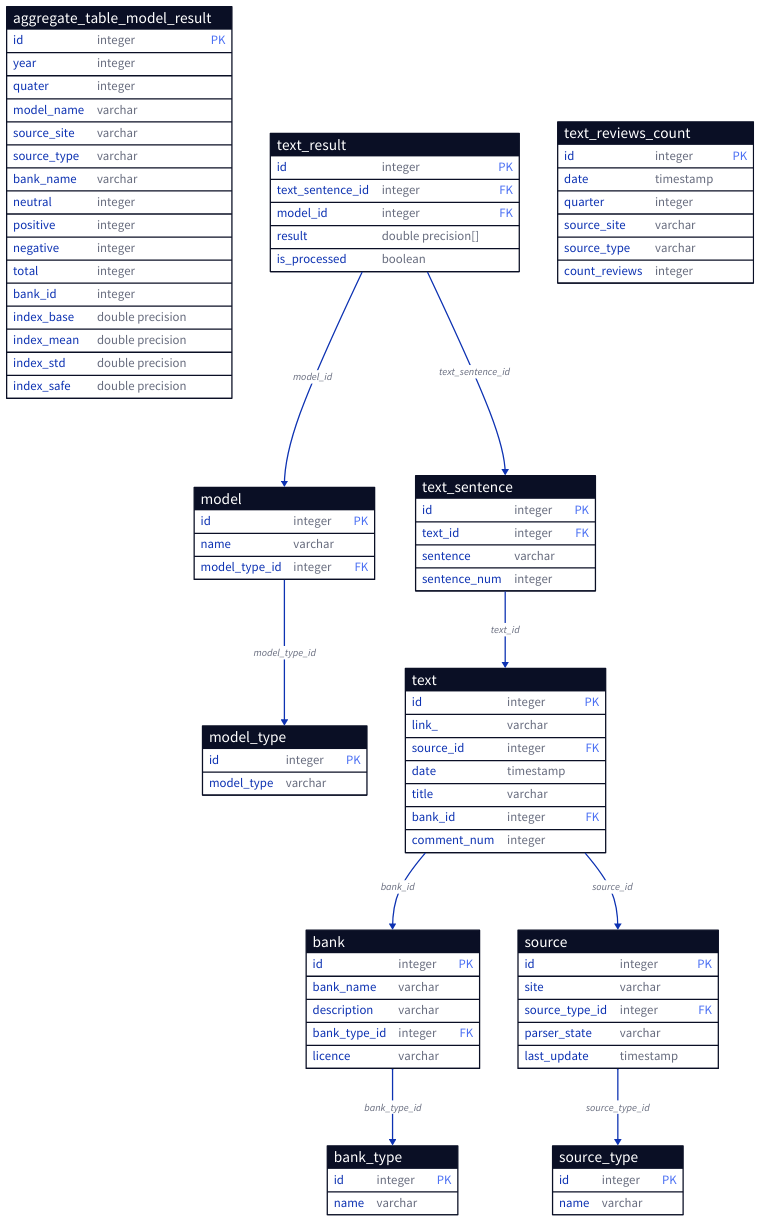
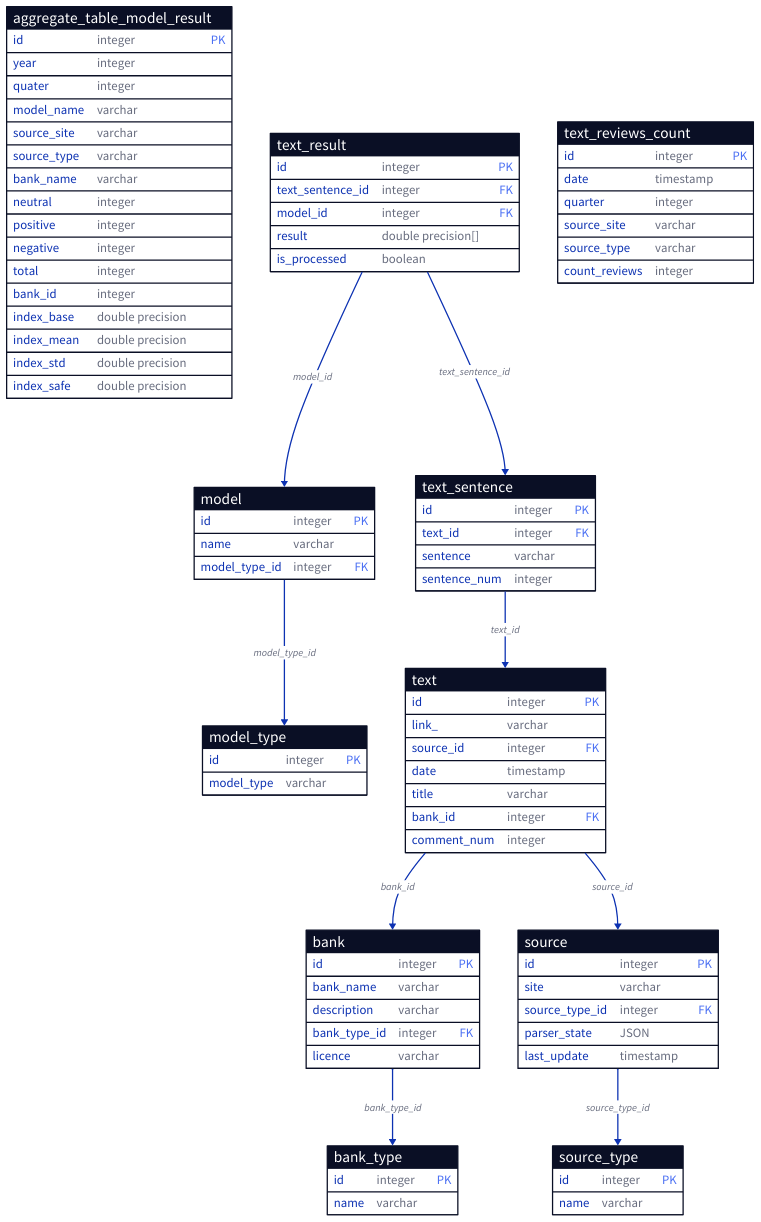
Before and after one commit to dudin-george/ESG_analysis: the second of 3 diagrams in docs/vkr.org, drawn with D2. The commit also changed other lines of this file and 5 other files, not shown here.

```diff
--- a/docs/vkr.org
+++ b/docs/vkr.org
@@ -368,7 +428,7 @@
   id: integer {constraint: primary_key}
   site: varchar
   source_type_id: integer {constraint: foreign_key}
-  parser_state: varchar
+  parser_state: JSON
   last_update: timestamp
 }
 source_type: {
@@ -424,5 +484,4 @@
 text_result -> model: model_id
 text_result -> text_sentence: text_sentence_id
 text_sentence -> text: text_id
-
 #+end_src
```
